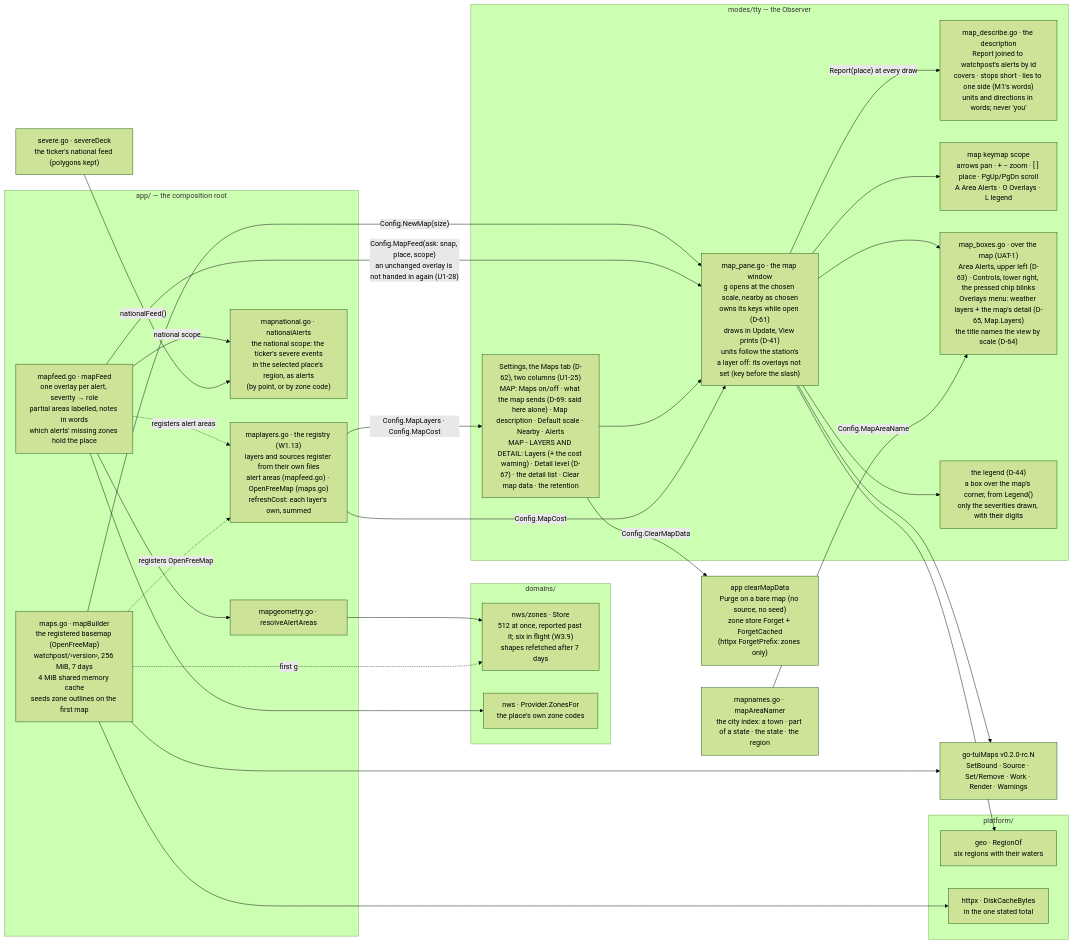
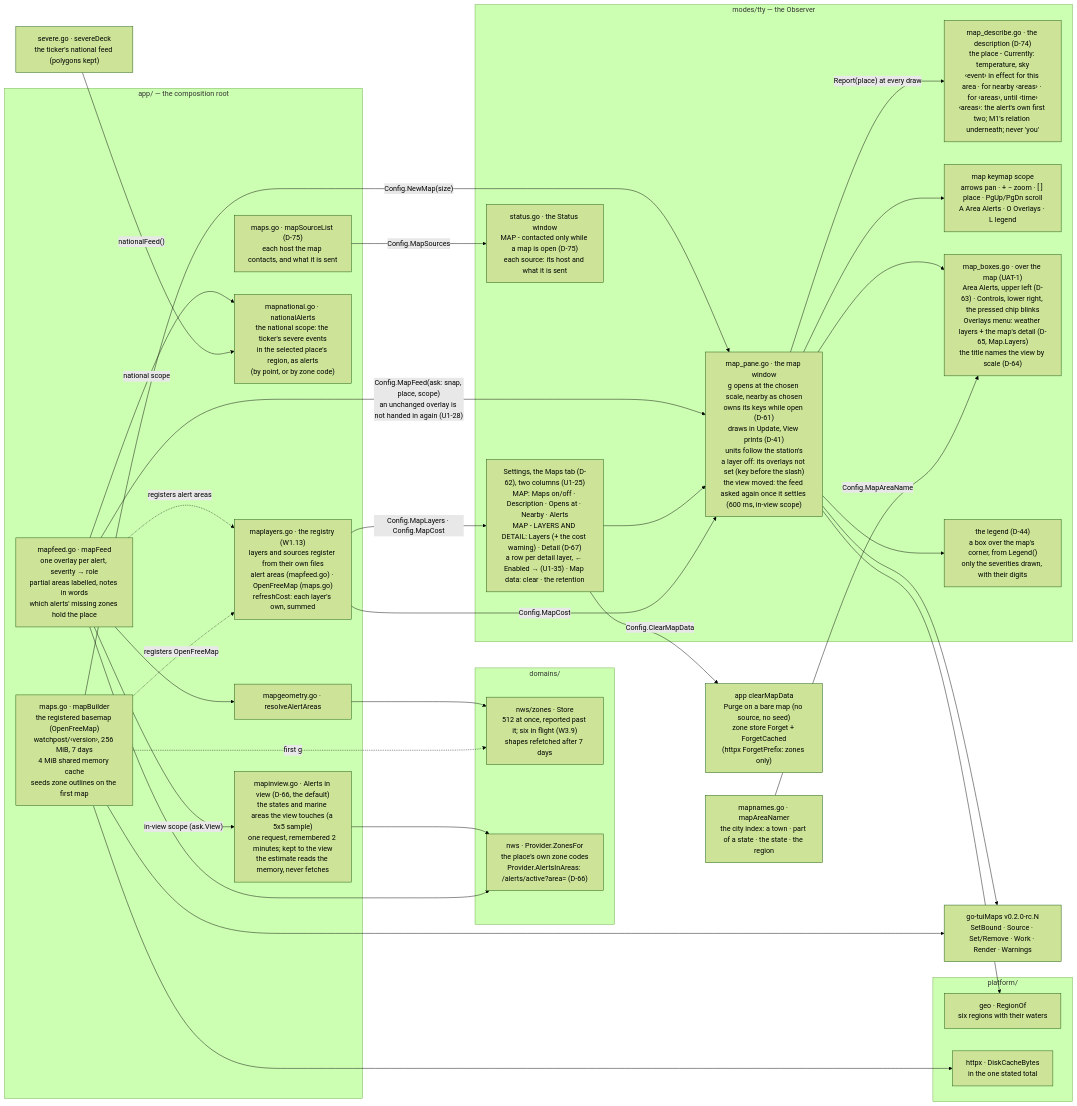
Before and after one commit to branden-thompson/watchpost: the first of 4 diagrams in 06_docs/02_features/observer-maps/03-architecture-design/as-built-map.md, drawn with Mermaid (forest theme). The commit also changed other lines of this file and 58 other files, not shown here.

First line of the commit message:
0.18.0 batch 15: UAT-1's fourth pass; Alerts in view

````diff
--- a/06_docs/02_features/observer-maps/03-architecture-design/as-built-map.md
+++ b/06_docs/02_features/observer-maps/03-architecture-design/as-built-map.md
@@ -21,49 +21,54 @@
 ```mermaid
 flowchart LR
   subgraph app["app/ — the composition root"]
     MB["maps.go · mapBuilder\nthe registered basemap (OpenFreeMap)\nwatchpost/‹version›, 256 MiB, 7 days\n4 MiB shared memory cache\nseeds zone outlines on the first map"]
     REG["maplayers.go · the registry (W1.13)\nlayers and sources register from their own files\nalert areas (mapfeed.go) · OpenFreeMap (maps.go)\nrefreshCost: each layer's own, summed"]
     MF["mapfeed.go · mapFeed\none overlay per alert, severity → role\npartial areas labelled, notes in words\nwhich alerts' missing zones hold the place"]
     MG["mapgeometry.go · resolveAlertAreas"]
     MN["mapnational.go · nationalAlerts\nthe national scope: the ticker's severe events\nin the selected place's region, as alerts\n(by point, or by zone code)"]
+    MV["mapinview.go · Alerts in view (D-66, the default)\nthe states and marine areas the view touches (a 5x5 sample)\none request, remembered 2 minutes; kept to the view\nthe estimate reads the memory, never fetches"]
+    MS["maps.go · mapSourceList (D-75)\neach host the map contacts, and what it is sent"]
   end
   subgraph domains["domains/"]
     ZS["nws/zones · Store\n512 at once, reported past it; six in flight (W3.9)\nshapes refetched after 7 days"]
-    WS["nws · Provider.ZonesFor\nthe place's own zone codes"]
+    WS["nws · Provider.ZonesFor\nthe place's own zone codes\nProvider.AlertsInAreas: /alerts/active?area= (D-66)"]
   end
   subgraph tty["modes/tty — the Observer"]
-    MW["map_pane.go · the map window\ng opens at the chosen scale, nearby as chosen\nowns its keys while open (D-61)\ndraws in Update, View prints (D-41)\nunits follow the station's\na layer off: its overlays not set (key before the slash)"]
-    MD["map_describe.go · the description\nReport joined to watchpost's alerts by id\ncovers · stops short · lies to one side (M1's words)\nunits and directions in words; never 'you'"]
+    MW["map_pane.go · the map window\ng opens at the chosen scale, nearby as chosen\nowns its keys while open (D-61)\ndraws in Update, View prints (D-41)\nunits follow the station's\na layer off: its overlays not set (key before the slash)\nthe view moved: the feed asked again once it settles (600 ms, in-view scope)"]
+    MD["map_describe.go · the description (D-74)\nthe place - Currently: temperature, sky\n‹event› in effect for this area · for nearby ‹areas› · for ‹areas›, until ‹time›\n‹areas›: the alert's own first two; M1's relation underneath; never 'you'"]
     MK["map keymap scope\narrows pan · + − zoom · [ ] place · PgUp/PgDn scroll\nA Area Alerts · O Overlays · L legend"]
     BX["map_boxes.go · over the map (UAT-1)\nArea Alerts, upper left (D-63) · Controls, lower right, the pressed chip blinks\nOverlays menu: weather layers + the map's detail (D-65, Map.Layers)\nthe title names the view by scale (D-64)"]
     LG["the legend (D-44)\na box over the map's corner, from Legend()\nonly the severities drawn, with their digits"]
-    ST2["Settings, the Maps tab (D-62), two columns (U1-25)\nMAP: Maps on/off · what the map sends (D-69: said here alone) · Map description · Default scale · Nearby · Alerts\nMAP - LAYERS AND DETAIL: Layers (+ the cost warning) · Detail level (D-67) · the detail list · Clear map data · the retention"]
+    ST2["Settings, the Maps tab (D-62), two columns (U1-25)\nMAP: Maps on/off · Description · Opens at · Nearby · Alerts\nMAP - LAYERS AND DETAIL: Layers (+ the cost warning) · Detail (D-67)\na row per detail layer, ← Enabled → (U1-35) · Map data: clear · the retention"]
+    SW["status.go · the Status window\nMAP - contacted only while a map is open (D-75)\neach source: its host and what it is sent"]
   end
   subgraph plat["platform/"]
     RG["geo · RegionOf\nsix regions with their waters"]
     HX["httpx · DiskCacheBytes\nin the one stated total"]
   end
   L["go-tuiMaps v0.2.0-rc.N\nSetBound · Source · Set/Remove · Work · Render · Warnings"]
   MB -- "Config.NewMap(size)" --> MW
   MF -- "Config.MapFeed(ask: snap, place, scope)\nan unchanged overlay is not handed in again (U1-28)" --> MW
   MF --> MG --> ZS
   MF -- "national scope" --> MN
+  MF -- "in-view scope (ask.View)" --> MV --> WS
+  MS -- "Config.MapSources" --> SW
   SD["severe.go · severeDeck\nthe ticker's national feed (polygons kept)"] -- "nationalFeed()" --> MN
   MF --> WS
   MB -. "first g" .-> ZS
   MW --> RG
   MW --> MK
   MW --> LG
   MW --> BX
   NM["mapnames.go · mapAreaNamer\nthe city index: a town · part of a state · the state · the region"] -- "Config.MapAreaName" --> BX
   ST2 --> MW
   ST2 -- "Config.ClearMapData" --> CL["app clearMapData\nPurge on a bare map (no source, no seed)\nzone store Forget + ForgetCached\n(httpx ForgetPrefix: zones only)"]
   MW -- "Report(place) at every draw" --> MD
   MW --> L
   MB --> L
   MB --> HX
   MF -. "registers alert areas" .-> REG
   MB -. "registers OpenFreeMap" .-> REG
   REG -- "Config.MapLayers · Config.MapCost" --> ST2
   REG -- "Config.MapCost" --> MW
 ```
````
